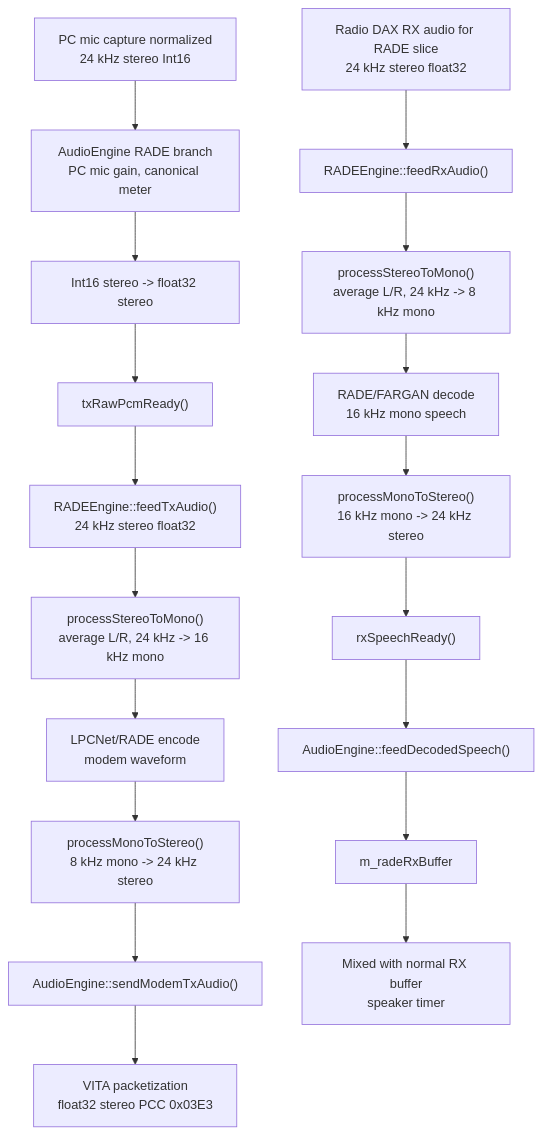
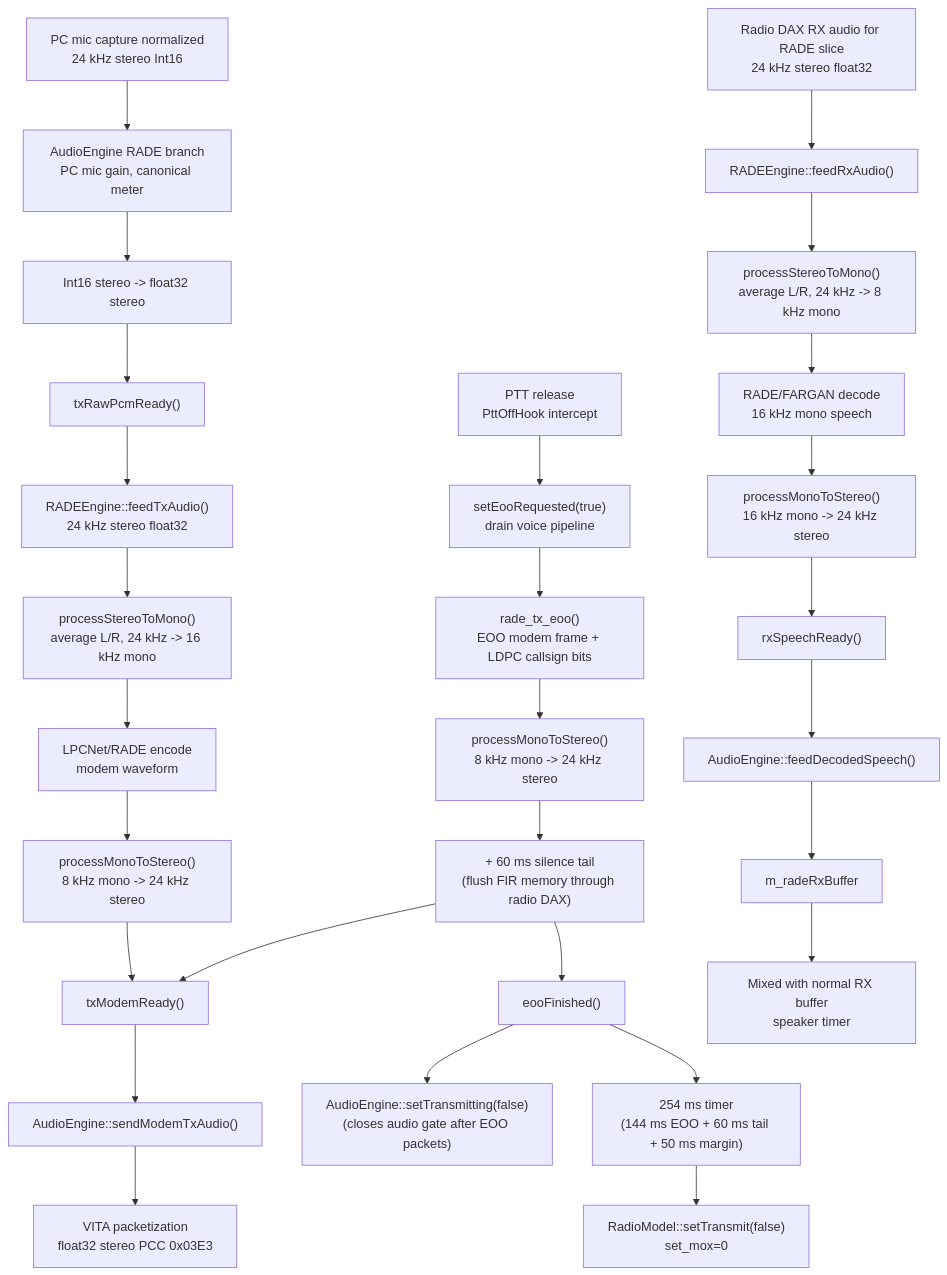
Before and after one commit to aethersdr/AetherSDR: the third of 4 diagrams in docs/architecture/audio-pipeline.md, drawn with Mermaid. The commit also changed other lines of this file and 11 other files, not shown here.

First line of the commit message:
feat(rade): unified TX pipeline with EOO and callsign. Principle VIII.

````diff
--- a/docs/architecture/audio-pipeline.md
+++ b/docs/architecture/audio-pipeline.md
@@ -436,21 +436,32 @@
 ```mermaid
 flowchart TD
     A["PC mic capture normalized<br/>24 kHz stereo Int16"] --> B["AudioEngine RADE branch<br/>PC mic gain, canonical meter"]
     B --> C["Int16 stereo -> float32 stereo"]
     C --> D["txRawPcmReady()"]
     D --> E["RADEEngine::feedTxAudio()<br/>24 kHz stereo float32"]
     E --> F["processStereoToMono()<br/>average L/R, 24 kHz -> 16 kHz mono"]
     F --> G["LPCNet/RADE encode<br/>modem waveform"]
     G --> H["processMonoToStereo()<br/>8 kHz mono -> 24 kHz stereo"]
-    H --> I["AudioEngine::sendModemTxAudio()"]
-    I --> J["VITA packetization<br/>float32 stereo PCC 0x03E3"]
+    H --> I["txModemReady()"]
+    I --> AE["AudioEngine::sendModemTxAudio()"]
+    AE --> J["VITA packetization<br/>float32 stereo PCC 0x03E3"]
+
+    PTT["PTT release<br/>PttOffHook intercept"] --> EO1["setEooRequested(true)<br/>drain voice pipeline"]
+    EO1 --> EO2["rade_tx_eoo()<br/>EOO modem frame + LDPC callsign bits"]
+    EO2 --> EO3["processMonoToStereo()<br/>8 kHz mono -> 24 kHz stereo"]
+    EO3 --> EO4["+ 60 ms silence tail<br/>(flush FIR memory through radio DAX)"]
+    EO4 --> I
+    EO4 --> EF["eooFinished()"]
+    EF --> AG["AudioEngine::setTransmitting(false)<br/>(closes audio gate after EOO packets)"]
+    EF --> TM["254 ms timer<br/>(144 ms EOO + 60 ms tail + 50 ms margin)"]
+    TM --> RX["RadioModel::setTransmit(false)<br/>set_mox=0"]
 
     K["Radio DAX RX audio for RADE slice<br/>24 kHz stereo float32"] --> L["RADEEngine::feedRxAudio()"]
     L --> M["processStereoToMono()<br/>average L/R, 24 kHz -> 8 kHz mono"]
     M --> N["RADE/FARGAN decode<br/>16 kHz mono speech"]
     N --> O["processMonoToStereo()<br/>16 kHz mono -> 24 kHz stereo"]
     O --> P["rxSpeechReady()"]
     P --> Q["AudioEngine::feedDecodedSpeech()"]
     Q --> R["m_radeRxBuffer"]
     R --> S["Mixed with normal RX buffer<br/>speaker timer"]
 ```
````
